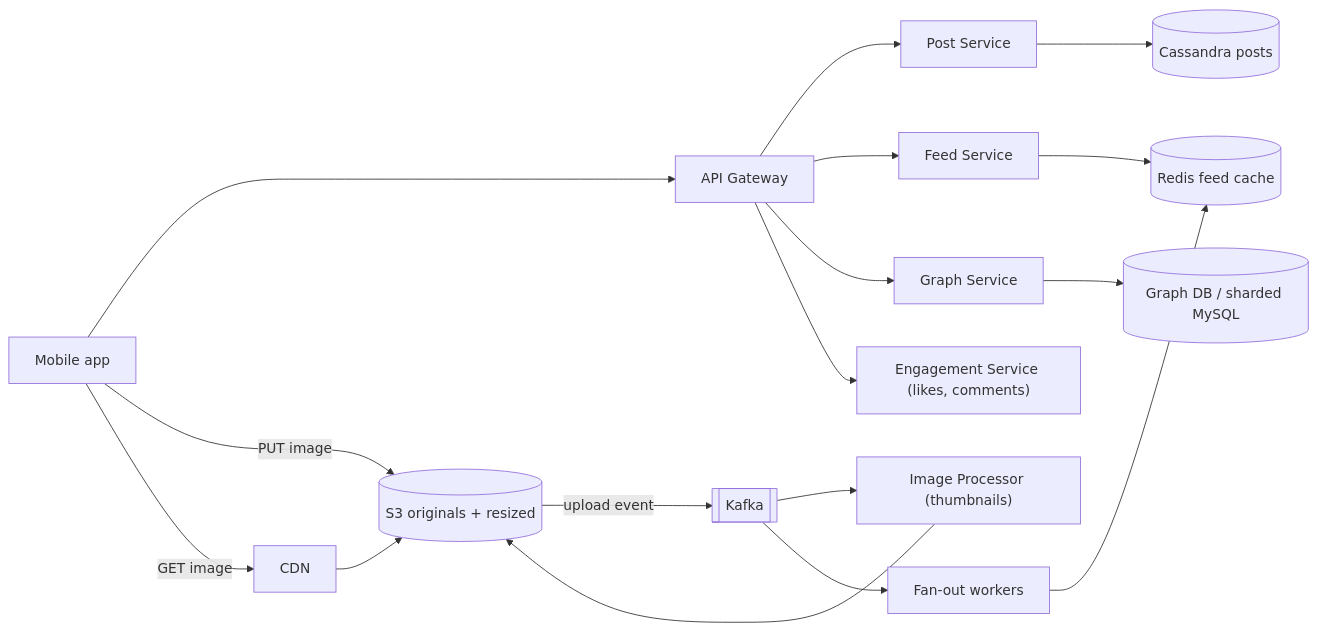
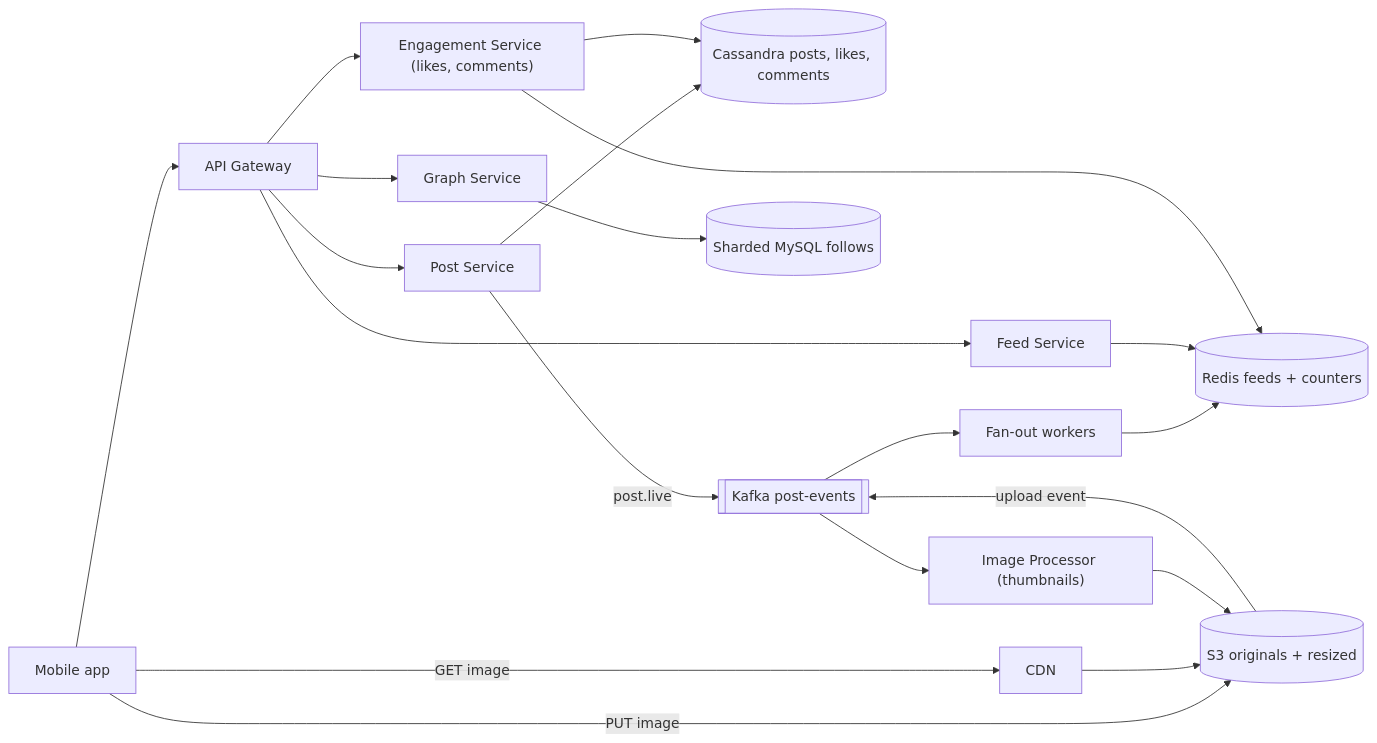
One commit to flow6979/system-design-prep changed the first of 2 diagrams in content-en/02-questions/t2-13-instagram.md. Above: the diagram before and after it, drawn with Mermaid. The commit also changed other lines of this file and 61 other files, not shown here.

````diff
--- a/content-en/02-questions/t2-13-instagram.md
+++ b/content-en/02-questions/t2-13-instagram.md
@@ -84,19 +91,22 @@
 ```mermaid
 flowchart LR
   C["Mobile app"] --> G["API Gateway"]
   C -- "PUT image" --> S3[("S3 originals + resized")]
   C -- "GET image" --> CDN["CDN"]
   CDN --> S3
   G --> PS["Post Service"]
   G --> FS["Feed Service"]
   G --> GS["Graph Service"]
-  G --> ES["Engagement Service (likes, comments)"]
-  PS --> PDB[("Cassandra posts")]
-  S3 -- "upload event" --> K[["Kafka"]]
+  G --> EN["Engagement Service (likes, comments)"]
+  PS --> PDB[("Cassandra posts, likes, comments")]
+  EN --> PDB
+  S3 -- "upload event" --> K[["Kafka post-events"]]
+  PS -- "post.live" --> K
   K --> IP["Image Processor (thumbnails)"]
   IP --> S3
   K --> FO["Fan-out workers"]
-  FO --> FC[("Redis feed cache")]
+  FO --> FC[("Redis feeds + counters")]
   FS --> FC
-  GS --> GDB[("Graph DB / sharded MySQL")]
+  EN --> FC
+  GS --> GDB[("Sharded MySQL follows")]
 ```
````
